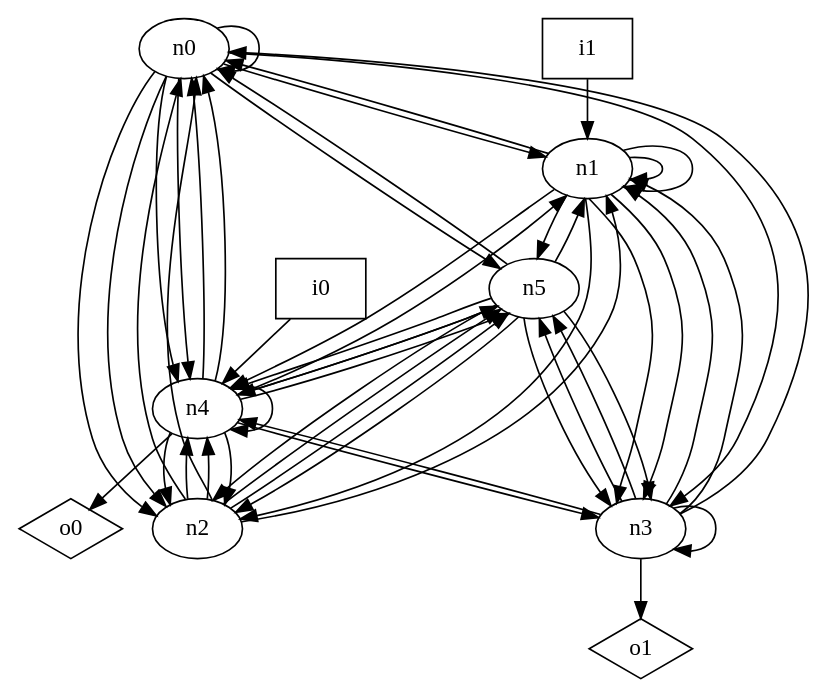
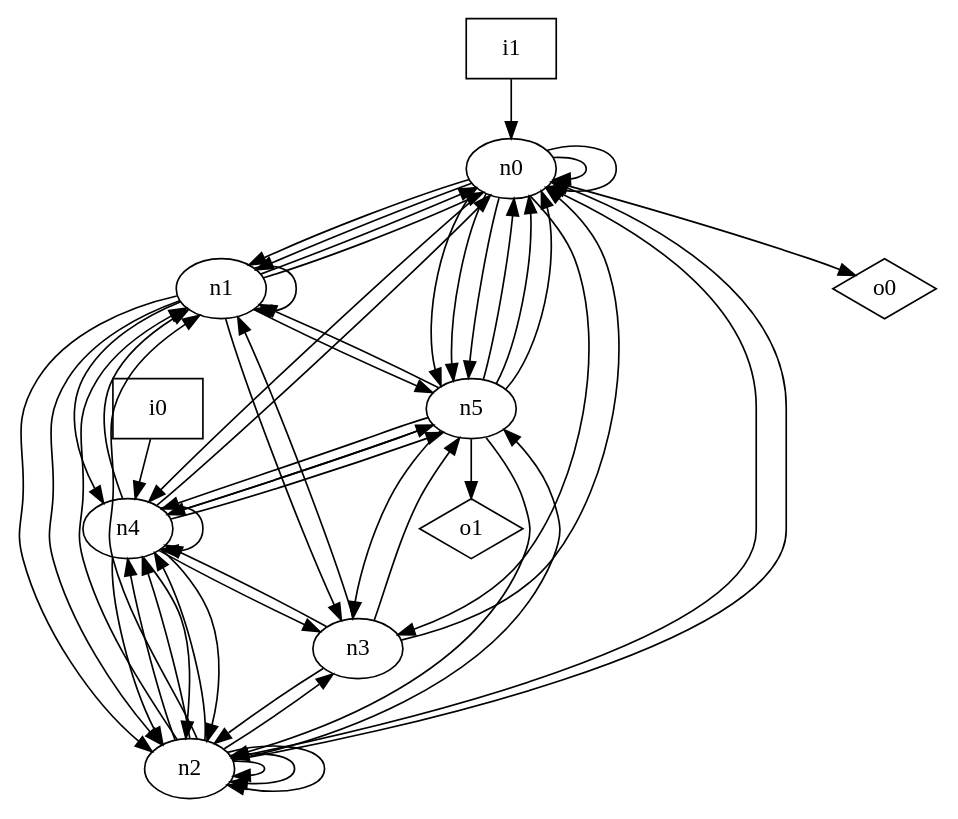
The diagram in dot_files/random_graph/undirected_graph.dot (p9romain/bool-circuits), drawn with Graphviz before and after one commit. The commit also changed 215 other files, not shown here.

```diff
--- a/dot_files/random_graph/undirected_graph.dot
+++ b/dot_files/random_graph/undirected_graph.dot
@@ -1,63 +1,67 @@
 digraph G {
 n0 [label="n0"];
 n1 [label="n1"];
 n2 [label="n2"];
 n3 [label="n3"];
 n4 [label="n4"];
 n5 [label="n5"];
 n6 [label="i0",shape="box"];
 n7 [label="i1",shape="box"];
 n8 [label="o0",shape="diamond"];
 n9 [label="o1",shape="diamond"];
 n0 -> n0
+n0 -> n0
 n0 -> n1
-n0 -> n2
+n0 -> n1
 n0 -> n2
 n0 -> n3
 n0 -> n4
-n0 -> n4
 n0 -> n5
+n0 -> n5
+n0 -> n5
+n0 -> n8
+n1 -> n0
 n1 -> n0
 n1 -> n1
-n1 -> n1
 n1 -> n2
-n1 -> n3
+n1 -> n2
 n1 -> n3
 n1 -> n4
 n1 -> n5
 n2 -> n0
-n2 -> n0
 n2 -> n1
+n2 -> n1
+n2 -> n2
+n2 -> n2
+n2 -> n2
+n2 -> n3
+n2 -> n4
 n2 -> n4
 n2 -> n4
 n2 -> n5
-n2 -> n5
 n3 -> n0
 n3 -> n1
-n3 -> n1
-n3 -> n3
+n3 -> n2
 n3 -> n4
 n3 -> n5
-n3 -> n5
-n3 -> n9
-n4 -> n0
 n4 -> n0
 n4 -> n1
+n4 -> n2
 n4 -> n2
 n4 -> n2
 n4 -> n3
 n4 -> n4
 n4 -> n5
 n4 -> n5
-n4 -> n8
+n5 -> n0
+n5 -> n0
 n5 -> n0
 n5 -> n1
 n5 -> n2
-n5 -> n2
-n5 -> n3
 n5 -> n3
 n5 -> n4
 n5 -> n4
+n5 -> n9
 n6 -> n4
-n7 -> n1
+n7 -> n0
 }
```
